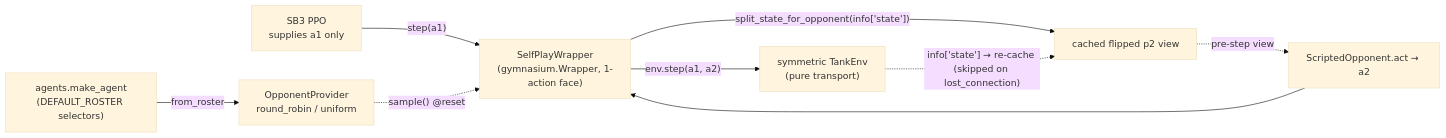
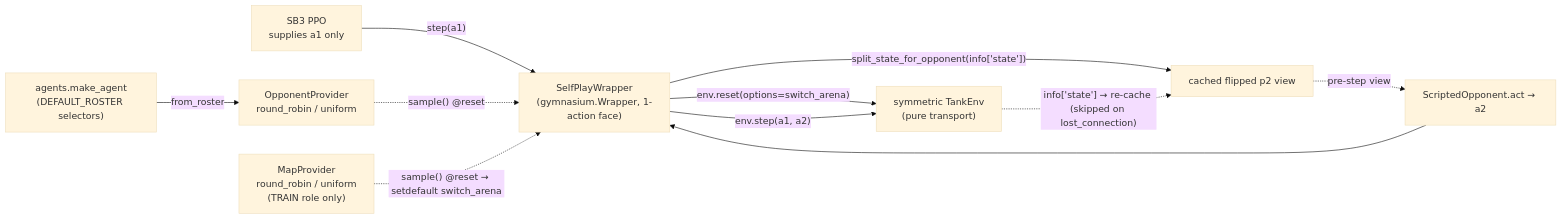
The second of 2 diagrams in docs/components/rl.md (urciuolim/TankTwinStickShooter), drawn with Mermaid (base theme) before and after one commit. The commit also changed other lines of this file and 5 other files, not shown here.

First line of the commit message:
feat(rl): map rotation in training (--maps / --map-strategy)

````diff
--- a/docs/components/rl.md
+++ b/docs/components/rl.md
@@ -55,11 +60,13 @@
 ```mermaid
 graph LR
     sb3["SB3 PPO<br/>supplies a1 only"] -->|"step(a1)"| wrap["SelfPlayWrapper<br/>(gymnasium.Wrapper, 1-action face)"]
     prov["OpponentProvider<br/>round_robin / uniform"] -.->|"sample() @reset"| wrap
     agents["agents.make_agent<br/>(DEFAULT_ROSTER selectors)"] -->|from_roster| prov
+    maps["MapProvider<br/>round_robin / uniform<br/>(TRAIN role only)"] -.->|"sample() @reset → setdefault switch_arena"| wrap
     wrap -->|"split_state_for_opponent(info['state'])"| flip["cached flipped p2 view"]
     flip -.->|pre-step view| opp["ScriptedOpponent.act → a2"]
     opp --> wrap
-    wrap -->|"env.step(a1, a2)"| env["symmetric TankEnv<br/>(pure transport)"]
+    wrap -->|"env.reset(options=switch_arena)"| env["symmetric TankEnv<br/>(pure transport)"]
+    wrap -->|"env.step(a1, a2)"| env
     env -.->|"info['state'] → re-cache (skipped on lost_connection)"| flip
 ```
````
